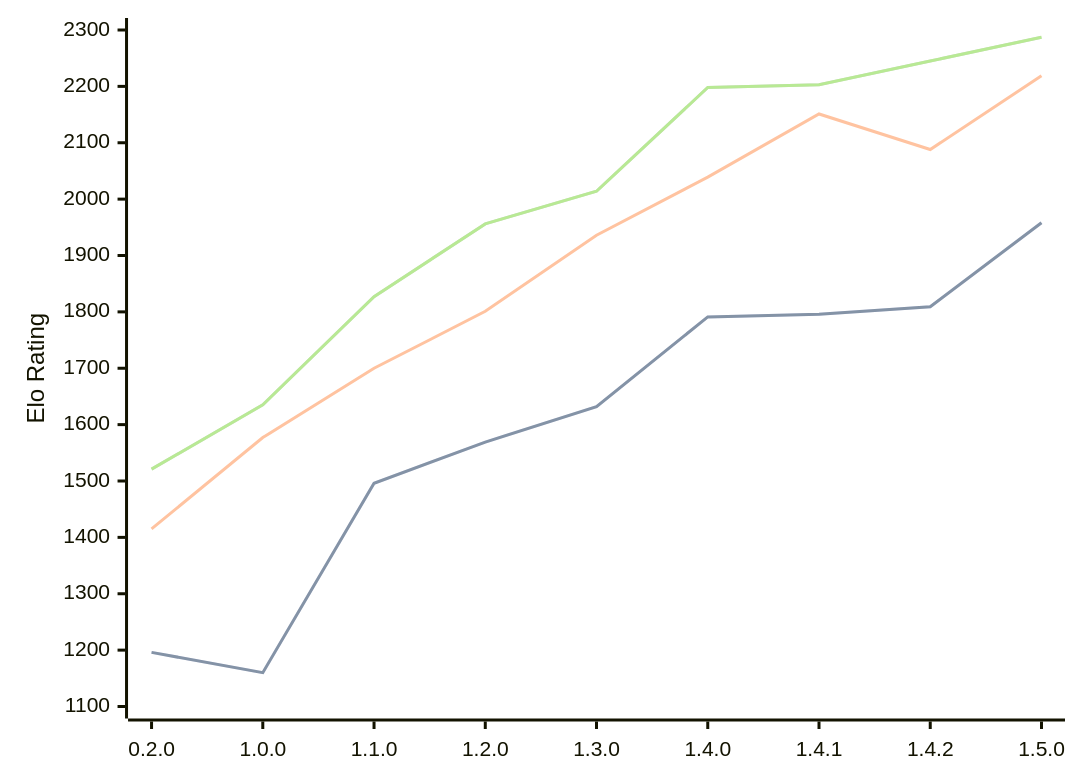
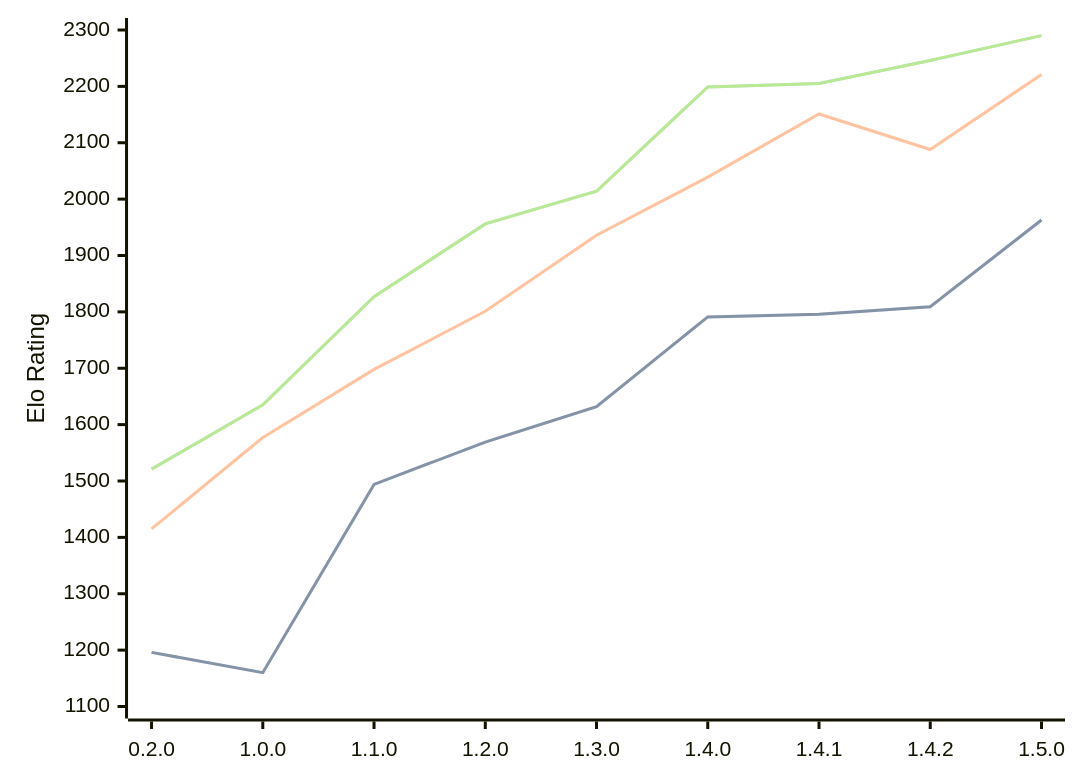
The diagram in engines/Zeppelin.md (computer-chess-index/cci), drawn with Mermaid before and after one commit. The commit also changed other lines of this file, not shown here.

Commit message:
Update CCI Ratings (ELO VLTC) - 2026-04-13

````diff
--- a/engines/Zeppelin.md
+++ b/engines/Zeppelin.md
@@ -41,11 +41,11 @@
 ```mermaid
 %%{init: {"theme":"base","themeVariables":{"seriesColors:['#a3a3a3','#222221','#faa371']}}}%%
 xychart-beta
   x-axis ["0.2.0", "1.0.0", "1.1.0", "1.2.0", "1.3.0", "1.4.0", "1.4.1", "1.4.2", "1.5.0"]
   y-axis "Elo Rating" 1100 --> 2300
-  line "STC (8.0+0.08s)" [1196, 1160, 1496, 1569, 1632, 1791, 1796, 1809, 1958]
-  line "STC (8.0+0.08s)" [1196, 1160, 1496, 1569, 1632, 1791, 1796, 1809, 1958]
-  line "LTC (60.0+0.60s)" [1415, 1577, 1700, 1801, 1936, 2039, 2151, 2088, 2219]
-  line "VLTC (2m24s+1.12s)" [1521, 1635, 1827, 1956, 2014, 2198, 2203, 2245, 2287]
-  line "VLTC (2m24s+1.12s)" [1521, 1635, 1827, 1956, 2014, 2198, 2203, 2245, 2287]
+  line "STC (8.0+0.08s)" [1196, 1160, 1494, 1569, 1632, 1791, 1796, 1809, 1963]
+  line "STC (8.0+0.08s)" [1196, 1160, 1494, 1569, 1632, 1791, 1796, 1809, 1963]
+  line "LTC (60.0+0.60s)" [1415, 1577, 1698, 1801, 1936, 2039, 2151, 2088, 2221]
+  line "VLTC (2m24s+1.12s)" [1521, 1635, 1827, 1956, 2014, 2199, 2205, 2246, 2290]
+  line "VLTC (2m24s+1.12s)" [1521, 1635, 1827, 1956, 2014, 2199, 2205, 2246, 2290]
 ```
````
